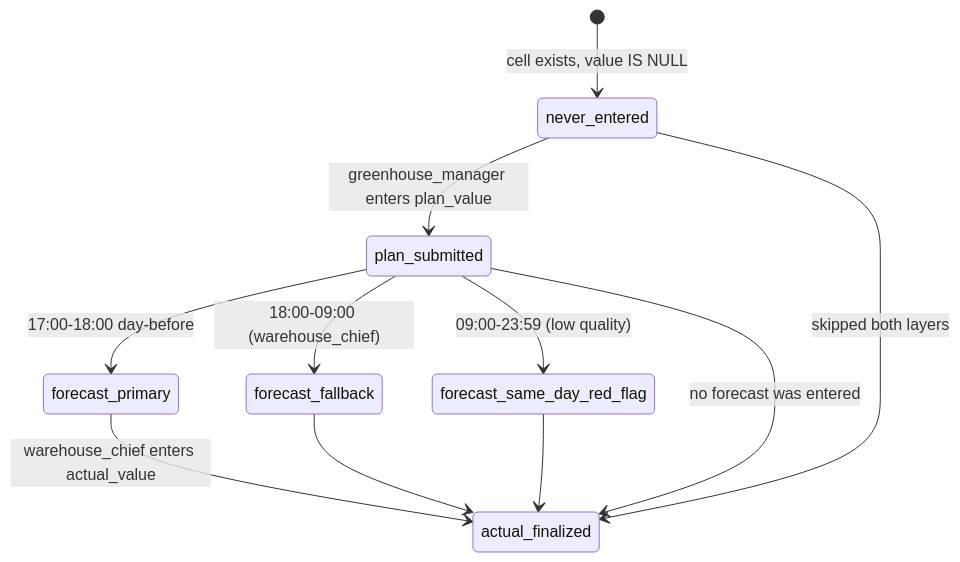
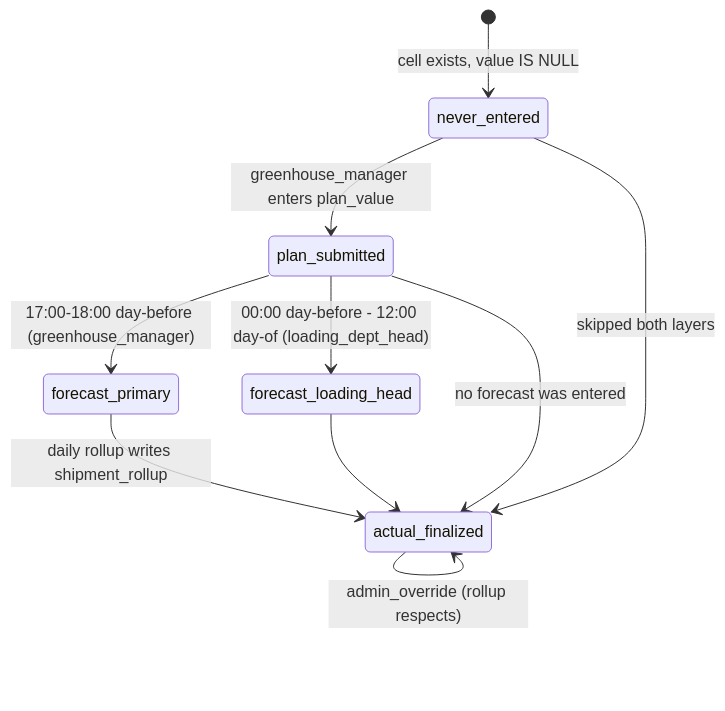
The second of 2 diagrams in docs/obsidian/processes/weekly-harvest-planning.md (Jasurbek99/yigit_platform), drawn with Mermaid before and after one commit. The commit also changed other lines of this file and 7 other files, not shown here.

````diff
--- a/docs/obsidian/processes/weekly-harvest-planning.md
+++ b/docs/obsidian/processes/weekly-harvest-planning.md
@@ -42,13 +44,12 @@
 ```mermaid
 stateDiagram-v2
   [*] --> never_entered: cell exists, value IS NULL
   never_entered --> plan_submitted: greenhouse_manager enters plan_value
-  plan_submitted --> forecast_primary: 17:00-18:00 day-before
-  plan_submitted --> forecast_fallback: 18:00-09:00 (warehouse_chief)
-  plan_submitted --> forecast_same_day_red_flag: 09:00-23:59 (low quality)
-  forecast_primary --> actual_finalized: warehouse_chief enters actual_value
-  forecast_fallback --> actual_finalized
-  forecast_same_day_red_flag --> actual_finalized
+  plan_submitted --> forecast_primary: 17:00-18:00 day-before (greenhouse_manager)
+  plan_submitted --> forecast_loading_head: 00:00 day-before - 12:00 day-of (loading_dept_head)
+  forecast_primary --> actual_finalized: daily rollup writes shipment_rollup
+  forecast_loading_head --> actual_finalized
   plan_submitted --> actual_finalized: no forecast was entered
   never_entered --> actual_finalized: skipped both layers
+  actual_finalized --> actual_finalized: admin_override (rollup respects)
 ```
````
